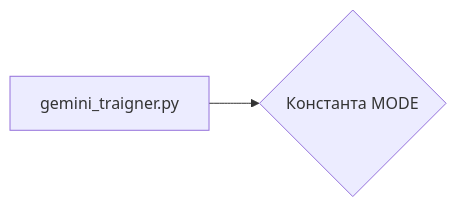
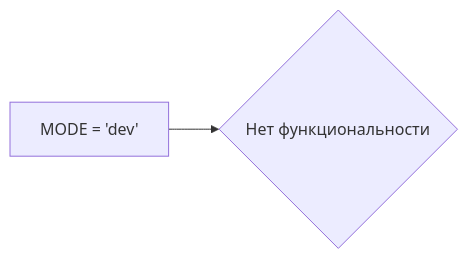
The diagram in docs/gemini/ru/explainer/src/suppliers/chat_gpt/gemini_traigner.md (hypo69/hypo), drawn with Mermaid before and after one commit. The commit also changed other lines of this file and 468 other files, not shown here.

````diff
--- a/docs/gemini/ru/explainer/src/suppliers/chat_gpt/gemini_traigner.md
+++ b/docs/gemini/ru/explainer/src/suppliers/chat_gpt/gemini_traigner.md
@@ -51,4 +52,4 @@
 ```mermaid
 graph LR
-    A[gemini_traigner.py] --> B{Константа MODE};
+    A[MODE = 'dev'] --> B{Нет функциональности};
 ```
````
